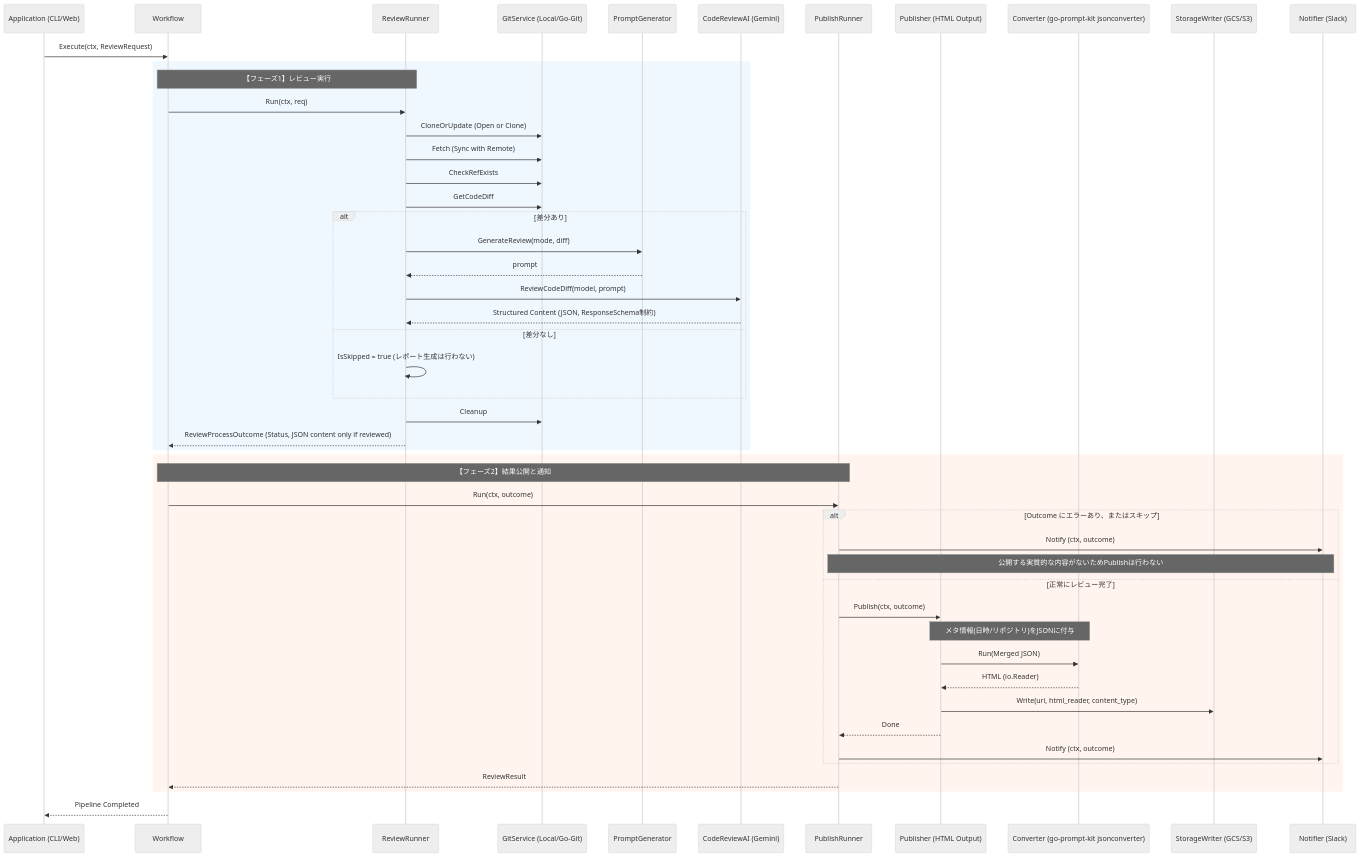
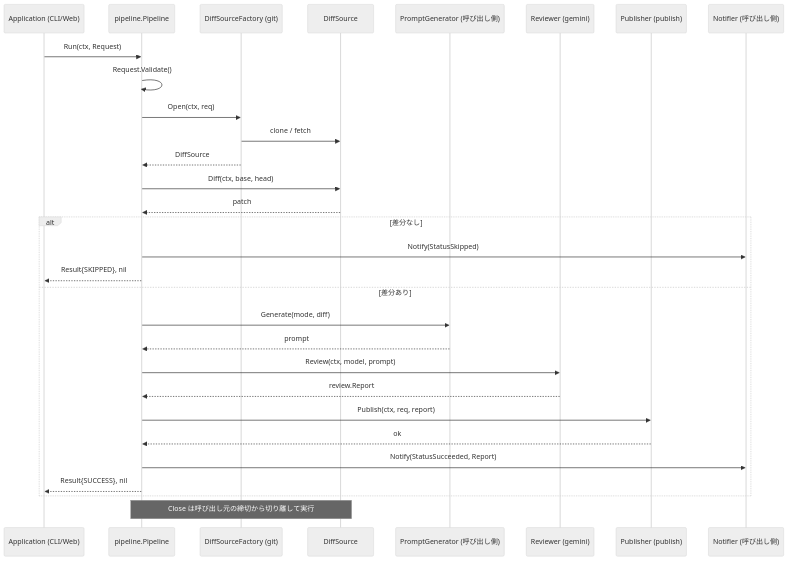
Before and after one commit to shouni/go-review-kit: the diagram in README.md, drawn with Mermaid (neutral theme). The commit also changed other lines of this file and 44 other files, not shown here.

First line of the commit message:
feat: rebuild review engine as go-review-kit

````diff
--- a/README.md
+++ b/README.md
@@ -70,59 +172,35 @@
 ```mermaid
 sequenceDiagram
     participant App as Application (CLI/Web)
-    participant WF as Workflow
-    participant RR as ReviewRunner
-    participant Git as GitService (Local/Go-Git)
-    participant PG as PromptGenerator
-    participant AI as CodeReviewAI (Gemini)
-    participant PR as PublishRunner
-    participant Pub as Publisher (HTML Output)
-    participant Conv as Converter (go-prompt-kit jsonconverter)
-    participant Store as StorageWriter (GCS/S3)
-    participant Noti as Notifier (Slack)
+    participant PL as pipeline.Pipeline
+    participant SF as DiffSourceFactory (git)
+    participant DS as DiffSource
+    participant PG as PromptGenerator (呼び出し側)
+    participant AI as Reviewer (gemini)
+    participant PB as Publisher (publish)
+    participant NT as Notifier (呼び出し側)
 
-    App->>WF: Execute(ctx, ReviewRequest)
+    App->>PL: Run(ctx, Request)
+    PL->>PL: Request.Validate()
+    PL->>SF: Open(ctx, req)
+    SF->>DS: clone / fetch
+    SF-->>PL: DiffSource
+    PL->>DS: Diff(ctx, base, head)
+    DS-->>PL: patch
 
-    rect rgb(240, 248, 255)
-        Note over WF, RR: 【フェーズ1】レビュー実行
-        WF->>RR: Run(ctx, req)
-        RR->>Git: CloneOrUpdate (Open or Clone)
-        RR->>Git: Fetch (Sync with Remote)
-        RR->>Git: CheckRefExists
-        RR->>Git: GetCodeDiff
-
-        alt 差分あり
-            RR->>PG: GenerateReview(mode, diff)
-            PG-->>RR: prompt
-            RR->>AI: ReviewCodeDiff(model, prompt)
-            AI-->>RR: Structured Content (JSON, ResponseSchema制約)
-        else 差分なし
-            RR->>RR: IsSkipped = true (レポート生成は行わない)
-        end
-
-        RR->>Git: Cleanup
-        RR-->>WF: ReviewProcessOutcome (Status, JSON content only if reviewed)
+    alt 差分なし
+        PL->>NT: Notify(StatusSkipped)
+        PL-->>App: Result{SKIPPED}, nil
+    else 差分あり
+        PL->>PG: Generate(mode, diff)
+        PG-->>PL: prompt
+        PL->>AI: Review(ctx, model, prompt)
+        AI-->>PL: review.Report
+        PL->>PB: Publish(ctx, req, report)
+        PB-->>PL: ok
+        PL->>NT: Notify(StatusSucceeded, Report)
+        PL-->>App: Result{SUCCESS}, nil
     end
 
-    rect rgb(255, 245, 238)
-        Note over WF, PR: 【フェーズ2】結果公開と通知
-        WF->>PR: Run(ctx, outcome)
-
-        alt Outcome にエラーあり、またはスキップ
-            PR->>Noti: Notify (ctx, outcome)
-            Note over PR, Noti: 公開する実質的な内容がないためPublishは行わない
-        else 正常にレビュー完了
-            PR->>Pub: Publish(ctx, outcome)
-            Note over Pub, Conv: メタ情報(日時/リポジトリ)をJSONに付与
-            Pub->>Conv: Run(Merged JSON)
-            Conv-->>Pub: HTML (io.Reader)
-            Pub->>Store: Write(uri, html_reader, content_type)
-            Pub-->>PR: Done
-            PR->>Noti: Notify (ctx, outcome)
-        end
-
-        PR-->>WF: ReviewResult
-    end
-
-    WF-->>App: Pipeline Completed
+    Note over PL,DS: Close は呼び出し元の締切から切り離して実行
 ```
````
